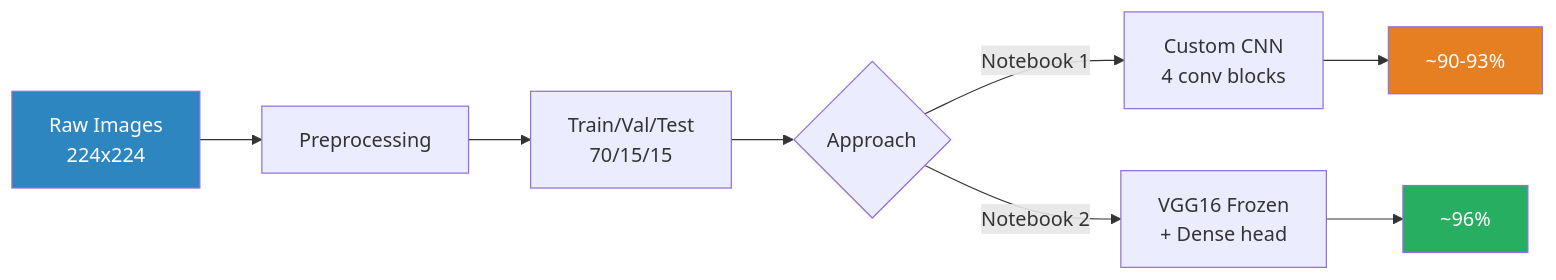
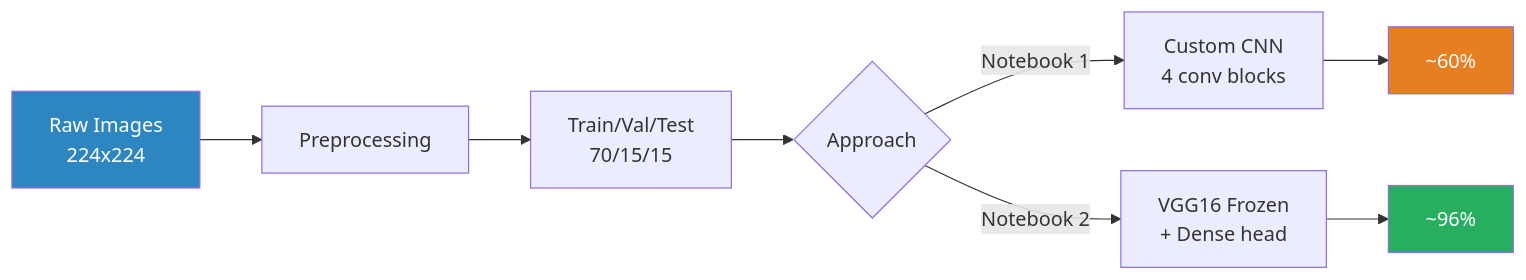
Before and after one commit to goyashek/face-mask-detection: the diagram in README.md, drawn with Mermaid. The commit also changed other lines of this file, not shown here.

````diff
--- a/README.md
+++ b/README.md
@@ -43,14 +43,14 @@
 ```mermaid
 flowchart LR
     A[Raw Images<br>224x224] --> B[Preprocessing]
     B --> C[Train/Val/Test<br>70/15/15]
     C --> D{Approach}
     D -->|Notebook 1| E[Custom CNN<br>4 conv blocks]
     D -->|Notebook 2| F[VGG16 Frozen<br>+ Dense head]
-    E --> G[~90-93%]
+    E --> G[~60%]
     F --> H[~96%]
 
     style A fill:#2E86C1,color:#fff
     style G fill:#E67E22,color:#fff
     style H fill:#27AE60,color:#fff
 ```
````
